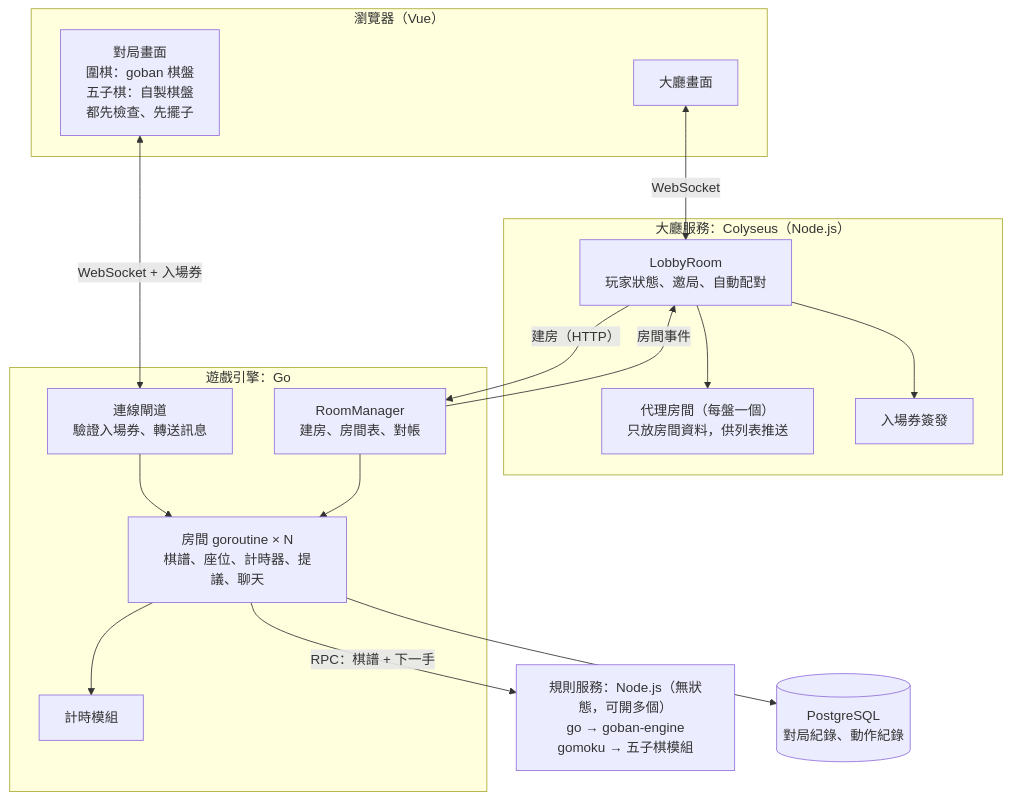
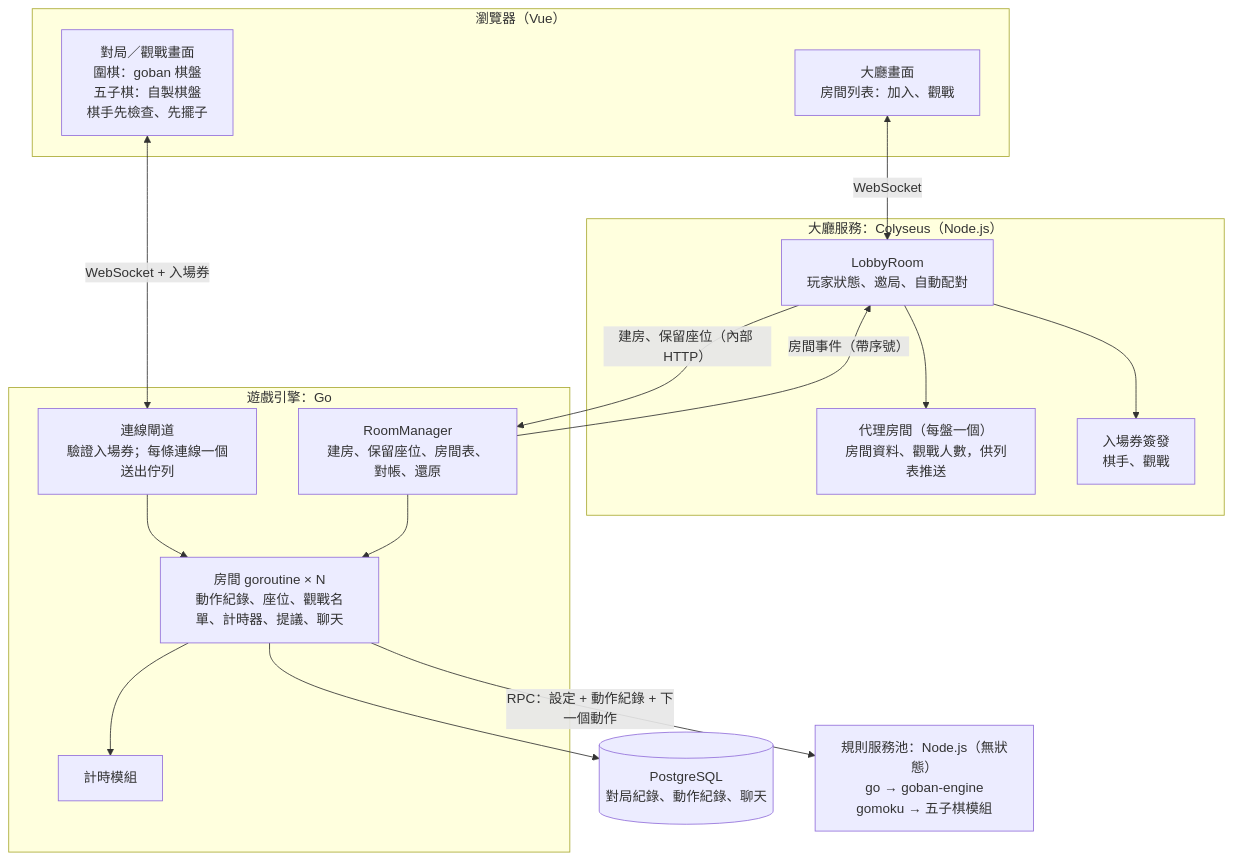
The first of 5 diagrams in docs/arch2.md (yshsu0918/yi-arena), drawn with Mermaid before and after one commit. The commit also changed other lines of this file, not shown here.

First line of the commit message:
arch2: add spectating, open rooms, server versioning, full action log for rules service, attendance timeout, tickets and reconnect tokens

````diff
--- a/docs/arch2.md
+++ b/docs/arch2.md
@@ -18,35 +19,35 @@
 ```mermaid
 flowchart TB
   subgraph Browser["瀏覽器（Vue）"]
-    LobbyUI["大廳畫面"]
-    GameUI["對局畫面<br/>圍棋：goban 棋盤<br/>五子棋：自製棋盤<br/>都先檢查、先擺子"]
+    LobbyUI["大廳畫面<br/>房間列表：加入、觀戰"]
+    GameUI["對局／觀戰畫面<br/>圍棋：goban 棋盤<br/>五子棋：自製棋盤<br/>棋手先檢查、先擺子"]
   end
 
   subgraph LobbySvc["大廳服務：Colyseus（Node.js）"]
     LobbyRoom["LobbyRoom<br/>玩家狀態、邀局、自動配對"]
-    Proxy["代理房間（每盤一個）<br/>只放房間資料，供列表推送"]
-    TicketIssuer["入場券簽發"]
+    Proxy["代理房間（每盤一個）<br/>房間資料、觀戰人數，供列表推送"]
+    TicketIssuer["入場券簽發<br/>棋手、觀戰"]
   end
 
   subgraph Engine["遊戲引擎：Go"]
-    Gateway["連線閘道<br/>驗證入場券、轉送訊息"]
-    Manager["RoomManager<br/>建房、房間表、對帳"]
-    Room["房間 goroutine × N<br/>棋譜、座位、計時器、提議、聊天"]
+    Gateway["連線閘道<br/>驗證入場券；每條連線一個送出佇列"]
+    Manager["RoomManager<br/>建房、保留座位、房間表、對帳、還原"]
+    Room["房間 goroutine × N<br/>動作紀錄、座位、觀戰名單、計時器、提議、聊天"]
     Clock["計時模組"]
   end
 
-  Rules["規則服務：Node.js（無狀態，可開多個）<br/>go → goban-engine<br/>gomoku → 五子棋模組"]
-  DB[("PostgreSQL<br/>對局紀錄、動作紀錄")]
+  DB[("PostgreSQL<br/>對局紀錄、動作紀錄、聊天")]
+  Rules["規則服務池：Node.js（無狀態）<br/>go → goban-engine<br/>gomoku → 五子棋模組"]
 
   LobbyUI <-- "WebSocket" --> LobbyRoom
   GameUI <-- "WebSocket + 入場券" --> Gateway
-  LobbyRoom -- "建房（HTTP）" --> Manager
-  Manager -- "房間事件" --> LobbyRoom
+  LobbyRoom -- "建房、保留座位（內部 HTTP）" --> Manager
+  Manager -- "房間事件（帶序號）" --> LobbyRoom
   LobbyRoom --> Proxy
   LobbyRoom --> TicketIssuer
   Gateway --> Room
   Manager --> Room
   Room --> Clock
-  Room -- "RPC：棋譜 + 下一手" --> Rules
   Room --> DB
+  Room -- "RPC：設定 + 動作紀錄 + 下一個動作" --> Rules
 ```
````
